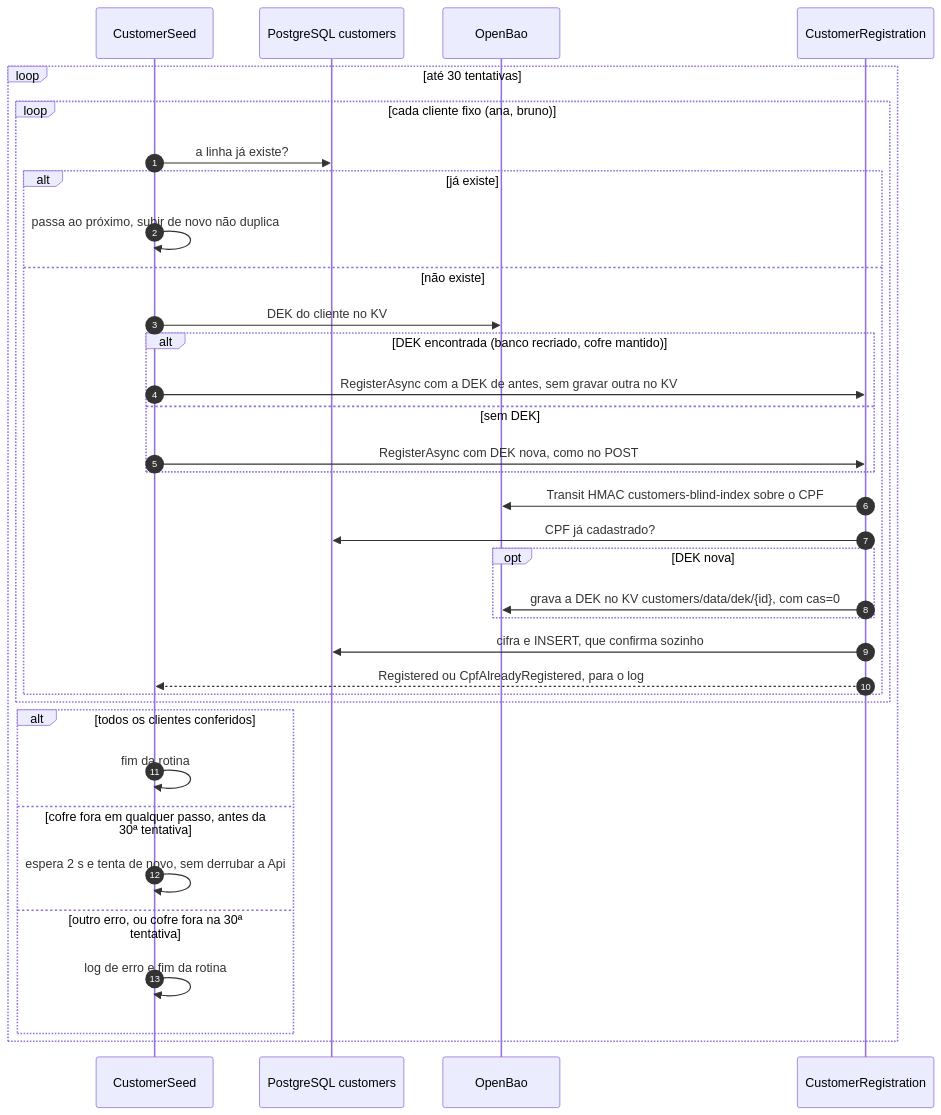
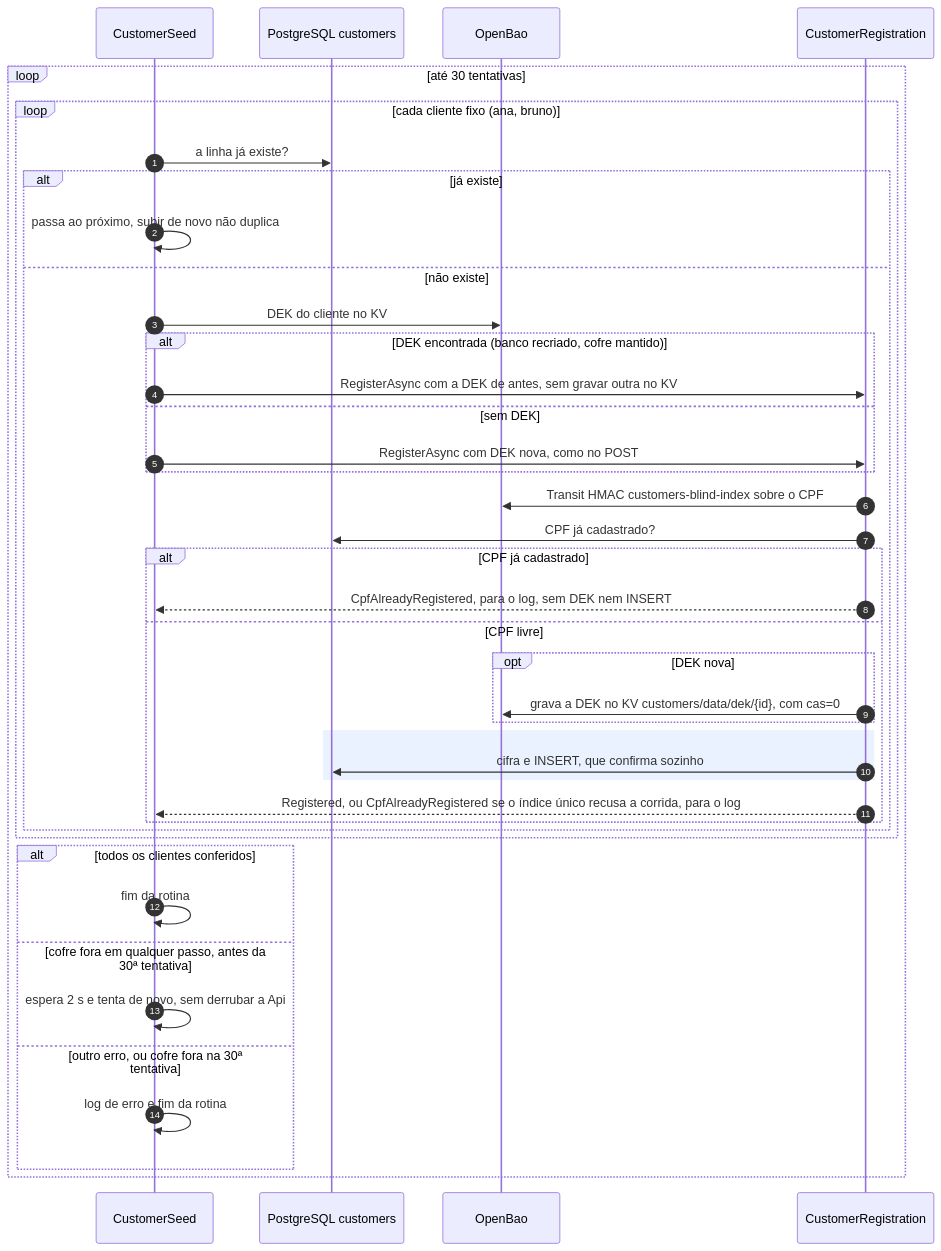
Before and after one commit to arthuurw/desafio-arquiteto-keyrus: the fourth of 5 diagrams in docs/arquitetura/fluxos-customers.md, drawn with Mermaid. The commit also changed other lines of this file and 1 other file, not shown here.

Commit message:
docs: draw each purge and seed insert as its own transaction
The flow check found the seed skipping the duplicate CPF branch, purge
calls and the seed INSERT without their transaction boundary, a note
calling every outcome a refusal, and the lock and index files missing
from the tables.

````diff
--- a/docs/arquitetura/fluxos-customers.md
+++ b/docs/arquitetura/fluxos-customers.md
@@ -220,38 +220,44 @@
 ```mermaid
 sequenceDiagram
   autonumber
   participant S as CustomerSeed
   participant DB as PostgreSQL customers
   participant V as OpenBao
   participant R as CustomerRegistration
 
   loop até 30 tentativas
     loop cada cliente fixo (ana, bruno)
       S->>DB: a linha já existe?
       alt já existe
         S->>S: passa ao próximo, subir de novo não duplica
       else não existe
         S->>V: DEK do cliente no KV
         alt DEK encontrada (banco recriado, cofre mantido)
           S->>R: RegisterAsync com a DEK de antes, sem gravar outra no KV
         else sem DEK
           S->>R: RegisterAsync com DEK nova, como no POST
         end
         R->>V: Transit HMAC customers-blind-index sobre o CPF
         R->>DB: CPF já cadastrado?
-        opt DEK nova
-          R->>V: grava a DEK no KV customers/data/dek/{id}, com cas=0
+        alt CPF já cadastrado
+          R-->>S: CpfAlreadyRegistered, para o log, sem DEK nem INSERT
+        else CPF livre
+          opt DEK nova
+            R->>V: grava a DEK no KV customers/data/dek/{id}, com cas=0
+          end
+          rect rgba(80, 140, 255, 0.12)
+            R->>DB: cifra e INSERT, que confirma sozinho
+          end
+          R-->>S: Registered, ou CpfAlreadyRegistered se o índice único recusa a corrida, para o log
         end
-        R->>DB: cifra e INSERT, que confirma sozinho
-        R-->>S: Registered ou CpfAlreadyRegistered, para o log
       end
     end
     alt todos os clientes conferidos
       S->>S: fim da rotina
     else cofre fora em qualquer passo, antes da 30ª tentativa
       S->>S: espera 2 s e tenta de novo, sem derrubar a Api
     else outro erro, ou cofre fora na 30ª tentativa
       S->>S: log de erro e fim da rotina
     end
   end
 ```
````
